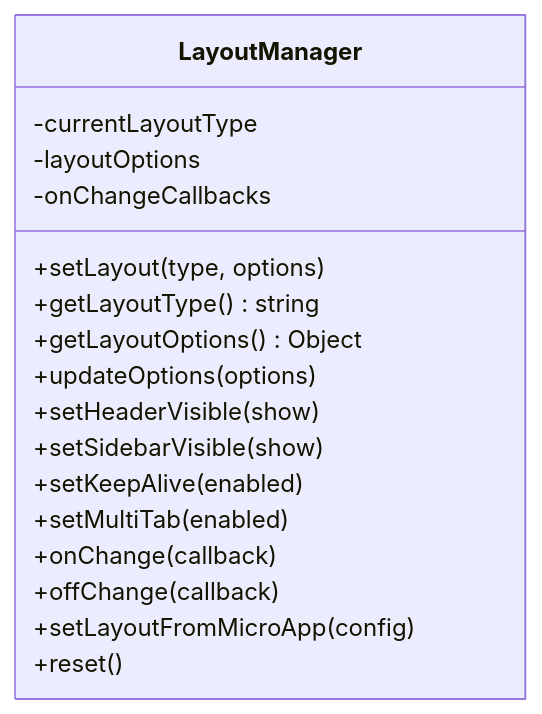
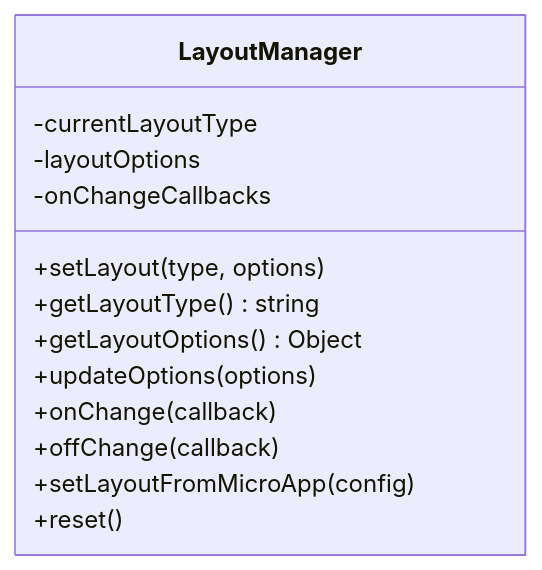
One commit to my-Sitara/artisan-base-frontend changed the third of 7 diagrams in .qoder/repowiki/zh/content/核心组件/布局管理器.md. Above: the diagram before and after it, drawn with Mermaid. The commit also changed other lines of this file and 25 other files, not shown here.

````diff
--- a/.qoder/repowiki/zh/content/核心组件/布局管理器.md
+++ b/.qoder/repowiki/zh/content/核心组件/布局管理器.md
@@ -143,20 +144,16 @@
 ```mermaid
 classDiagram
 class LayoutManager {
 -currentLayoutType
 -layoutOptions
 -onChangeCallbacks
 +setLayout(type, options)
 +getLayoutType() string
 +getLayoutOptions() Object
 +updateOptions(options)
-+setHeaderVisible(show)
-+setSidebarVisible(show)
-+setKeepAlive(enabled)
-+setMultiTab(enabled)
 +onChange(callback)
 +offChange(callback)
 +setLayoutFromMicroApp(config)
 +reset()
 }
 ```
````
